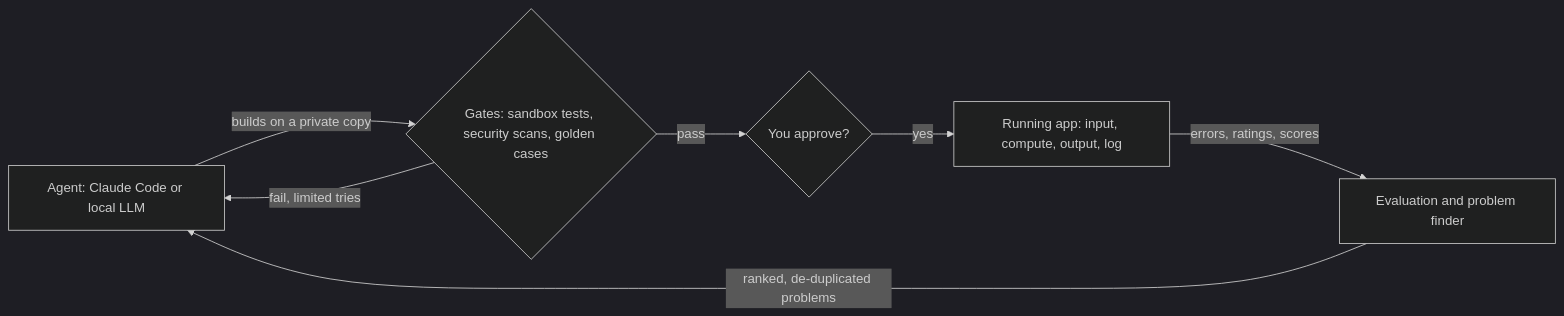
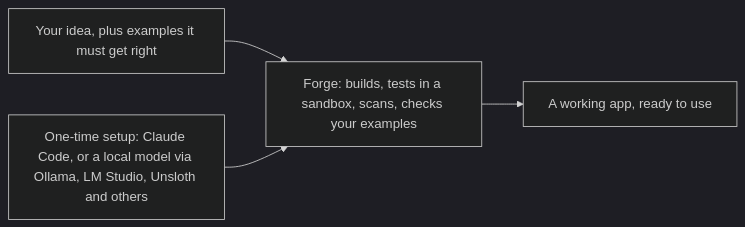
Before and after one commit to AmshuKM/forge: the diagram in README.md, drawn with Mermaid (dark theme). The commit also changed other lines of this file and 16 other files, not shown here.

First line of the commit message:
Idea in, app out, on a departure-board dashboard

````diff
--- a/README.md
+++ b/README.md
@@ -7,9 +5,6 @@
 ```mermaid
 flowchart LR
-  A["Agent: Claude Code or local LLM"] -- "builds on a private copy" --> G{"Gates: sandbox tests, security scans, golden cases"}
-  G -- fail, limited tries --> A
-  G -- pass --> H{"You approve?"}
-  H -- yes --> R["Running app: input, compute, output, log"]
-  R -- "errors, ratings, scores" --> E["Evaluation and problem finder"]
-  E -- "ranked, de-duplicated problems" --> A
+  I["Your idea, plus examples it must get right"] --> F["Forge: builds, tests in a sandbox, scans, checks your examples"]
+  F --> O["A working app, ready to use"]
+  S["One-time setup: Claude Code, or a local model via Ollama, LM Studio, Unsloth and others"] --> F
 ```
````
